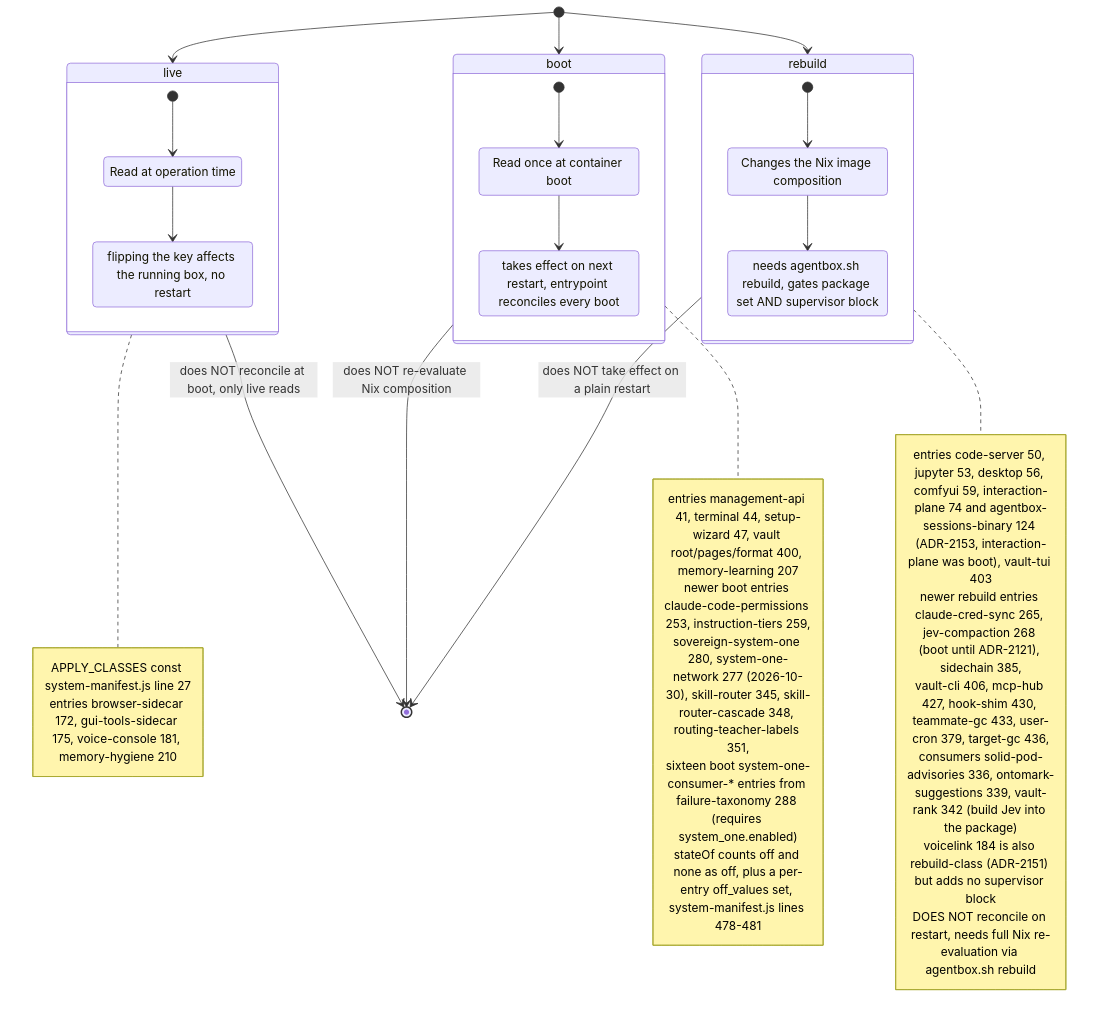
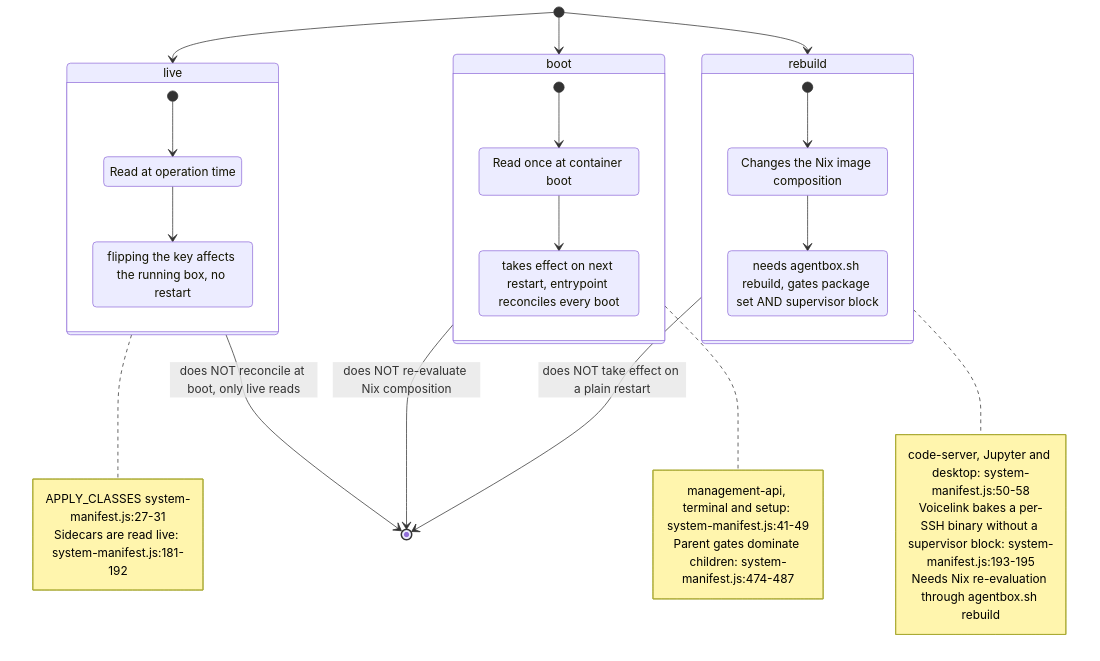
The second of 10 diagrams in docs/diagrams/agentbox/01-nix-flake-composition.md (DreamLab-AI/VisionFlow), drawn with Mermaid before and after one commit. The commit also changed other lines of this file and 7 other files, not shown here.

Commit message:
docs: reconcile runtime composition and MCP catalogue (#37)

````diff
--- a/docs/diagrams/agentbox/01-nix-flake-composition.md
+++ b/docs/diagrams/agentbox/01-nix-flake-composition.md
@@ -109,44 +109,43 @@
 ```mermaid
 stateDiagram-v2
     [*] --> live
     [*] --> boot
     [*] --> rebuild
 
     state live {
         [*] --> LiveRead
         LiveRead: Read at operation time
         LiveRead --> LiveEffect
         LiveEffect: flipping the key affects the running box, no restart
     }
     state boot {
         [*] --> BootRead
         BootRead: Read once at container boot
         BootRead --> BootEffect
         BootEffect: takes effect on next restart, entrypoint reconciles every boot
     }
     state rebuild {
         [*] --> RebuildRead
         RebuildRead: Changes the Nix image composition
         RebuildRead --> RebuildEffect
         RebuildEffect: needs agentbox.sh rebuild, gates package set AND supervisor block
     }
 
     note right of live
-        APPLY_CLASSES const system-manifest.js line 27
-        entries browser-sidecar 172, gui-tools-sidecar 175, voice-console 181, memory-hygiene 210
+        APPLY_CLASSES system-manifest.js:27-31
+        Sidecars are read live: system-manifest.js:181-192
     end note
     note right of boot
-        entries management-api 41, terminal 44, setup-wizard 47, vault root/pages/format 400, memory-learning 207
-        newer boot entries claude-code-permissions 253, instruction-tiers 259,<br/>sovereign-system-one 280, system-one-network 277 (2026-10-30), skill-router 345, skill-router-cascade 348, routing-teacher-labels 351,<br/>sixteen boot system-one-consumer-* entries from failure-taxonomy 288 (requires system_one.enabled)
-        stateOf counts off and none as off, plus a per-entry off_values set, system-manifest.js lines 478-481
+        management-api, terminal and setup: system-manifest.js:41-49
+        Parent gates dominate children: system-manifest.js:474-487
     end note
     note right of rebuild
-        entries code-server 50, jupyter 53, desktop 56, comfyui 59, interaction-plane 74 and agentbox-sessions-binary 124 (ADR-2153, interaction-plane was boot), vault-tui 403
-        newer rebuild entries claude-cred-sync 265, jev-compaction 268 (boot until ADR-2121), sidechain 385,<br/>vault-cli 406, mcp-hub 427, hook-shim 430, teammate-gc 433, user-cron 379, target-gc 436,<br/>consumers solid-pod-advisories 336, ontomark-suggestions 339, vault-rank 342 (build Jev into the package)<br/>voicelink 184 is also rebuild-class (ADR-2151) but adds no supervisor block
-        DOES NOT reconcile on restart, needs full Nix re-evaluation via agentbox.sh rebuild
+        code-server, Jupyter and desktop: system-manifest.js:50-58
+        Voicelink bakes a per-SSH binary without a supervisor block: system-manifest.js:193-195
+        Needs Nix re-evaluation through agentbox.sh rebuild
     end note
 
     live --> [*]: does NOT reconcile at boot, only live reads
     boot --> [*]: does NOT re-evaluate Nix composition
     rebuild --> [*]: does NOT take effect on a plain restart
 ```
````
